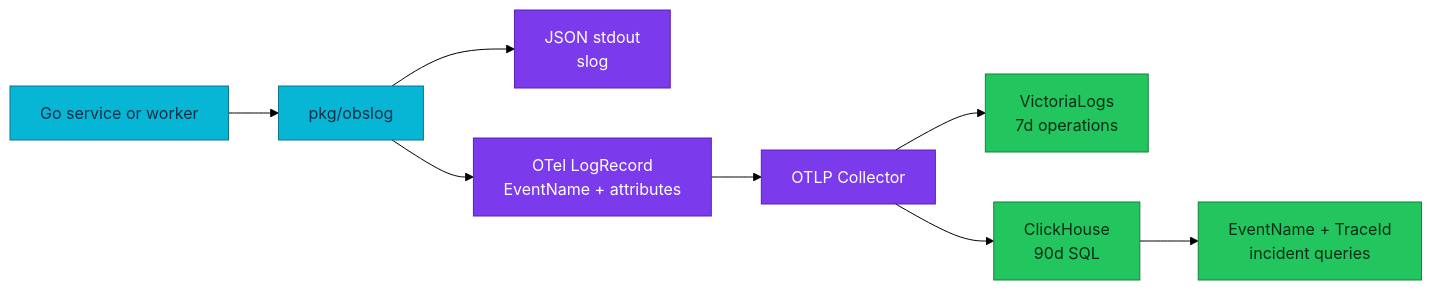
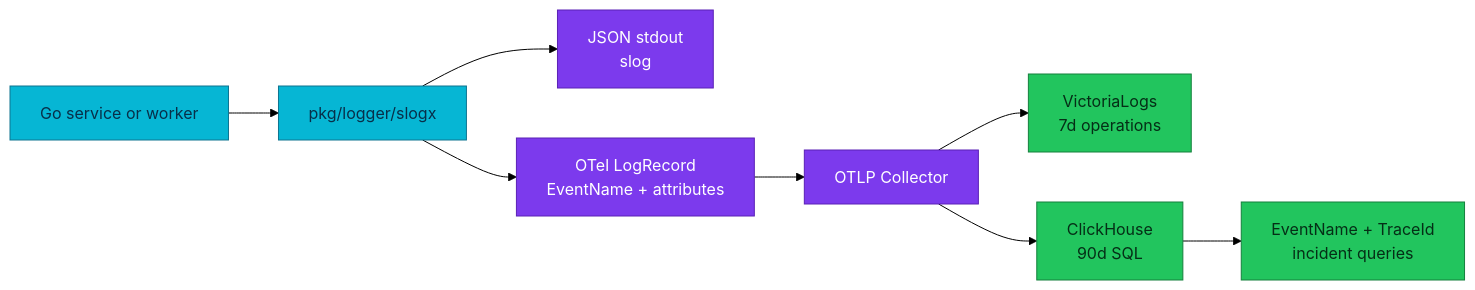
One commit to duynhlab/homelab changed the diagram in docs/proposals/rfc/RFC-0031/research.md. Above: the diagram before and after it, drawn with Mermaid (forest theme). The commit also changed other lines of this file and 3 other files, not shown here.

First line of the commit message:
Rename the logging facade to pkg/logger/slogx

````diff
--- a/docs/proposals/rfc/RFC-0031/research.md
+++ b/docs/proposals/rfc/RFC-0031/research.md
@@ -44,16 +44,16 @@
 ```mermaid
 flowchart LR
-    A["Go service or worker"] --> B["pkg/obslog"]
+    A["Go service or worker"] --> B["pkg/logger/slogx"]
     B --> C["JSON stdout<br/>slog"]
     B --> D["OTel LogRecord<br/>EventName + attributes"]
     D --> E["OTLP Collector"]
     E --> F["VictoriaLogs<br/>7d operations"]
     E --> G["ClickHouse<br/>90d SQL"]
     G --> H["EventName + TraceId<br/>incident queries"]
     classDef service fill:#06b6d4,color:#082f49,stroke:#0e7490;
     classDef platform fill:#7c3aed,color:#fff,stroke:#5b21b6;
     classDef data fill:#22c55e,color:#052e16,stroke:#15803d;
     class A,B service;
     class C,D,E platform;
     class F,G,H data;
 ```
````
